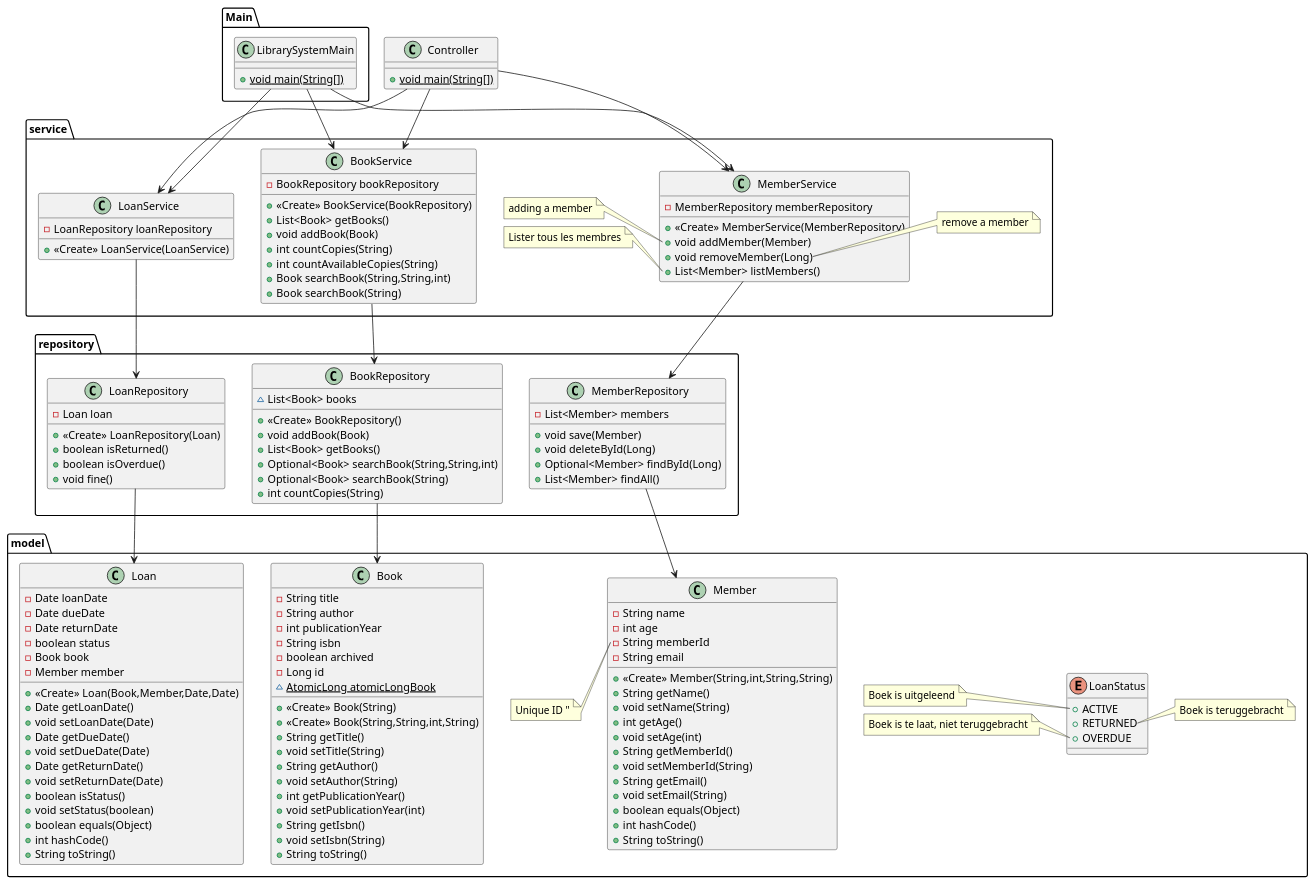
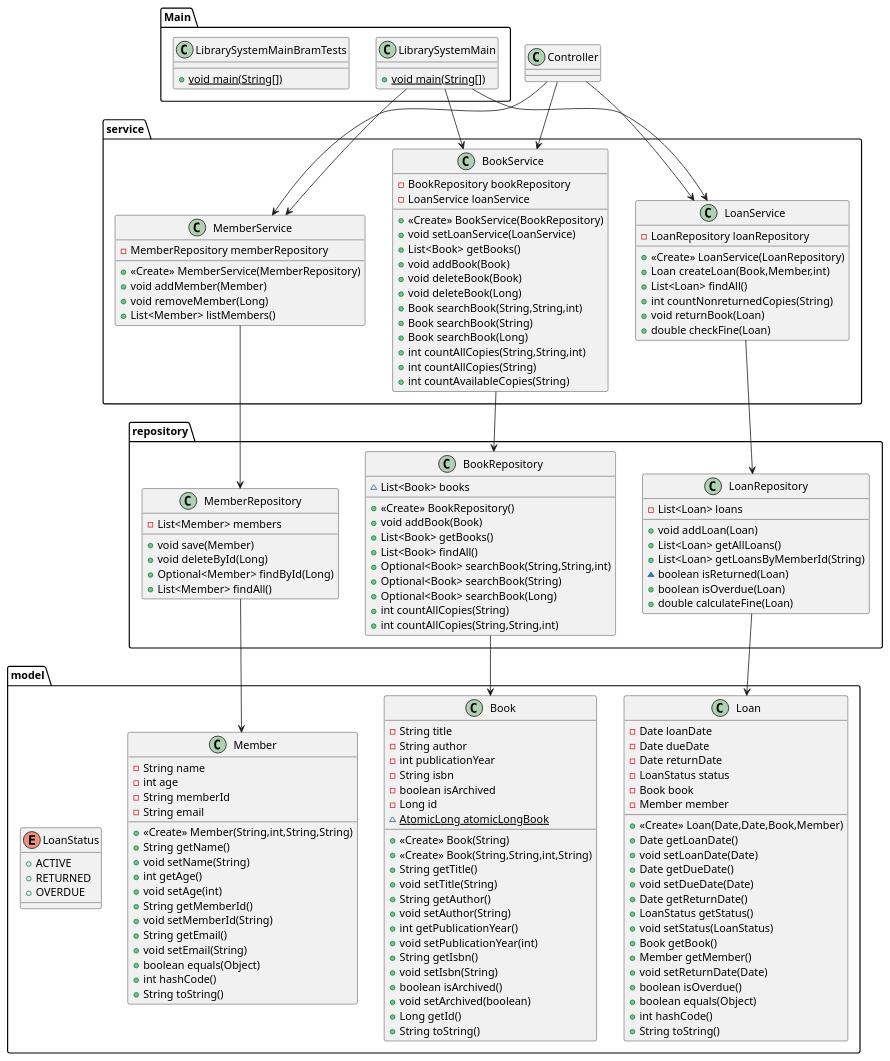
The diagram in src/uml/IntecPuntClassDiagramGenerated.puml (BramLab/IntecPunt), drawn with PlantUML before and after one commit. The commit also changed 4 other files, not shown here.

Commit message:
Some new lines and some adaptations (uncomment) bookService.countAvailableCopies loanService.countNonreturnedCopies loanService.findAll

```diff
--- a/src/uml/IntecPuntClassDiagramGenerated.puml
+++ b/src/uml/IntecPuntClassDiagramGenerated.puml
@@ -1,177 +1,176 @@
 @startuml
 
 Main.LibrarySystemMain -> service.BookService
 Main.LibrarySystemMain --> service.MemberService
 Main.LibrarySystemMain --> service.LoanService
 
 Controller -> service.BookService
 Controller --> service.MemberService
 Controller --> service.LoanService
 
 service.BookService --> repository.BookRepository
 service.MemberService --> repository.MemberRepository
 service.LoanService --> repository.LoanRepository
 
 repository.BookRepository --> model.Book
 repository.MemberRepository --> model.Member
 repository.LoanRepository --> model.Loan
 
 
-
-
-class Controller {
+class Main.LibrarySystemMainBramTests {
 + {static} void main(String[])
 }
 
-class repository.LoanRepository {
-- Loan loan
-+ <<Create>> LoanRepository(Loan)
-+ boolean isReturned()
+class model.Loan {
+- Date loanDate
+- Date dueDate
+- Date returnDate
+- LoanStatus status
+- Book book
+- Member member
++ <<Create>> Loan(Date,Date,Book,Member)
++ Date getLoanDate()
++ void setLoanDate(Date)
++ Date getDueDate()
++ void setDueDate(Date)
++ Date getReturnDate()
++ LoanStatus getStatus()
++ void setStatus(LoanStatus)
++ Book getBook()
++ Member getMember()
++ void setReturnDate(Date)
 + boolean isOverdue()
-+ void fine()
-}
-
-
-class model.Book {
-- String title
-- String author
-- int publicationYear
-- String isbn
-- boolean archived
-- Long id
-~ {static} AtomicLong atomicLongBook
-+ <<Create>> Book(String)
-+ <<Create>> Book(String,String,int,String)
-+ String getTitle()
-+ void setTitle(String)
-+ String getAuthor()
-+ void setAuthor(String)
-+ int getPublicationYear()
-+ void setPublicationYear(int)
-+ String getIsbn()
-+ void setIsbn(String)
++ boolean equals(Object)
++ int hashCode()
 + String toString()
 }
 
 
-class service.LoanService {
-- LoanRepository loanRepository
-+ <<Create>> LoanService(LoanService)
+class service.BookService {
+- BookRepository bookRepository
+- LoanService loanService
++ <<Create>> BookService(BookRepository)
++ void setLoanService(LoanService)
++ List<Book> getBooks()
++ void addBook(Book)
++ void deleteBook(Book)
++ void deleteBook(Long)
++ Book searchBook(String,String,int)
++ Book searchBook(String)
++ Book searchBook(Long)
++ int countAllCopies(String,String,int)
++ int countAllCopies(String)
++ int countAvailableCopies(String)
 }
 
 
 class repository.MemberRepository {
 - List<Member> members
 + void save(Member)
 + void deleteById(Long)
 + Optional<Member> findById(Long)
 + List<Member> findAll()
 }
 
 
 enum model.LoanStatus {
 +  ACTIVE
 +  RETURNED
 +  OVERDUE
 }
-note left of model.LoanStatus::ACTIVE
- Boek is uitgeleend
-end note
-note right of model.LoanStatus::RETURNED
- Boek is teruggebracht
-end note
-note left of model.LoanStatus::OVERDUE
- Boek is te laat, niet teruggebracht
-end note
 
 class Main.LibrarySystemMain {
 + {static} void main(String[])
 }
 
-class service.BookService {
-- BookRepository bookRepository
-+ <<Create>> BookService(BookRepository)
-+ List<Book> getBooks()
-+ void addBook(Book)
-+ int countCopies(String)
-+ int countAvailableCopies(String)
-+ Book searchBook(String,String,int)
-+ Book searchBook(String)
+class service.LoanService {
+- LoanRepository loanRepository
++ <<Create>> LoanService(LoanRepository)
++ Loan createLoan(Book,Member,int)
++ List<Loan> findAll()
++ int countNonreturnedCopies(String)
++ void returnBook(Loan)
++ double checkFine(Loan)
 }
 
 
-class repository.BookRepository {
-~ List<Book> books
-+ <<Create>> BookRepository()
-+ void addBook(Book)
-+ List<Book> getBooks()
-+ Optional<Book> searchBook(String,String,int)
-+ Optional<Book> searchBook(String)
-+ int countCopies(String)
+class model.Book {
+- String title
+- String author
+- int publicationYear
+- String isbn
+- boolean isArchived
+- Long id
+~ {static} AtomicLong atomicLongBook
++ <<Create>> Book(String)
++ <<Create>> Book(String,String,int,String)
++ String getTitle()
++ void setTitle(String)
++ String getAuthor()
++ void setAuthor(String)
++ int getPublicationYear()
++ void setPublicationYear(int)
++ String getIsbn()
++ void setIsbn(String)
++ boolean isArchived()
++ void setArchived(boolean)
++ Long getId()
++ String toString()
 }
 
 
-class model.Loan {
-- Date loanDate
-- Date dueDate
-- Date returnDate
-- boolean status
-- Book book
-- Member member
-+ <<Create>> Loan(Book,Member,Date,Date)
-+ Date getLoanDate()
-+ void setLoanDate(Date)
-+ Date getDueDate()
-+ void setDueDate(Date)
-+ Date getReturnDate()
-+ void setReturnDate(Date)
-+ boolean isStatus()
-+ void setStatus(boolean)
-+ boolean equals(Object)
-+ int hashCode()
-+ String toString()
+class repository.LoanRepository {
+- List<Loan> loans
++ void addLoan(Loan)
++ List<Loan> getAllLoans()
++ List<Loan> getLoansByMemberId(String)
+~ boolean isReturned(Loan)
++ boolean isOverdue(Loan)
++ double calculateFine(Loan)
 }
 
 
 class model.Member {
 - String name
 - int age
 - String memberId
 - String email
 + <<Create>> Member(String,int,String,String)
 + String getName()
 + void setName(String)
 + int getAge()
 + void setAge(int)
 + String getMemberId()
 + void setMemberId(String)
 + String getEmail()
 + void setEmail(String)
 + boolean equals(Object)
 + int hashCode()
 + String toString()
 }
-note left of model.Member::memberId
- Unique ID "
-end note
 
 
 class service.MemberService {
 - MemberRepository memberRepository
 + <<Create>> MemberService(MemberRepository)
 + void addMember(Member)
 + void removeMember(Long)
 + List<Member> listMembers()
 }
 
-note left of service.MemberService::addMember(Member)
- adding a member
-end note
-note right of service.MemberService::removeMember(Long)
- remove a member
-end note
-note left of service.MemberService::listMembers()
- Lister tous les membres
-end note
+
+class repository.BookRepository {
+~ List<Book> books
++ <<Create>> BookRepository()
++ void addBook(Book)
++ List<Book> getBooks()
++ List<Book> findAll()
++ Optional<Book> searchBook(String,String,int)
++ Optional<Book> searchBook(String)
++ Optional<Book> searchBook(Long)
++ int countAllCopies(String)
++ int countAllCopies(String,String,int)
+}
+
 
 @enduml
```
